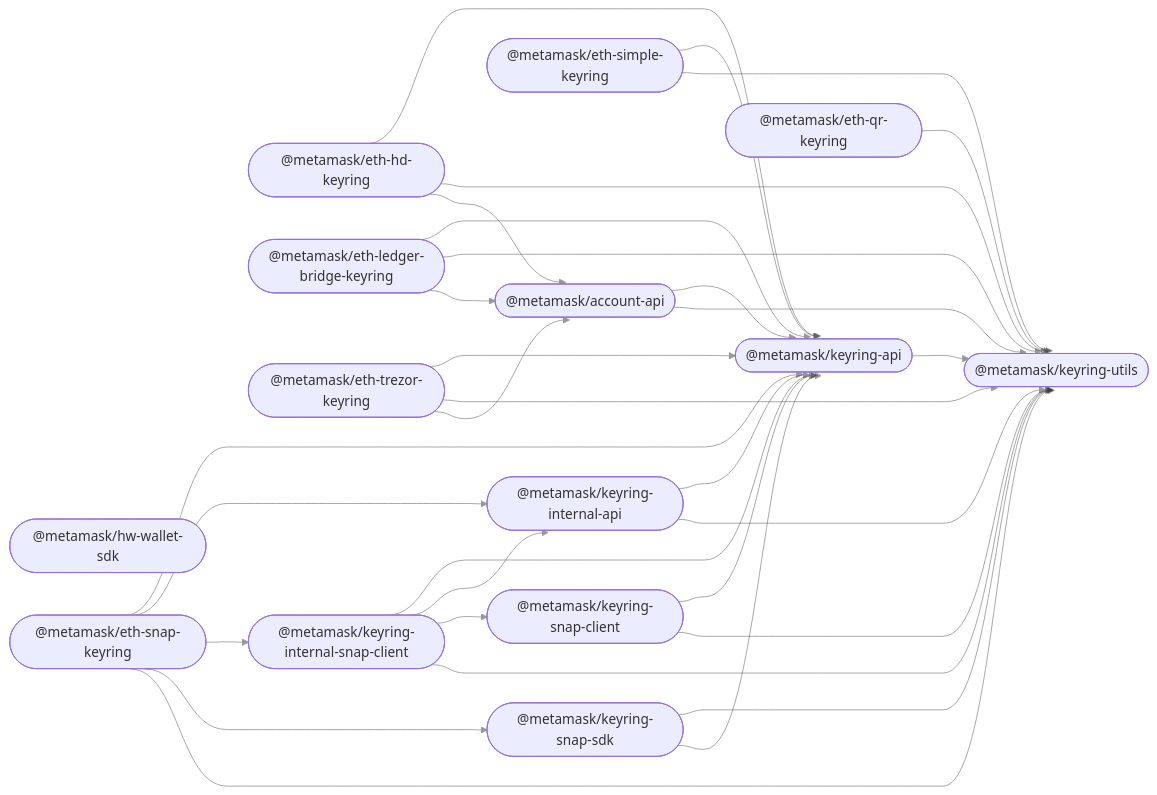
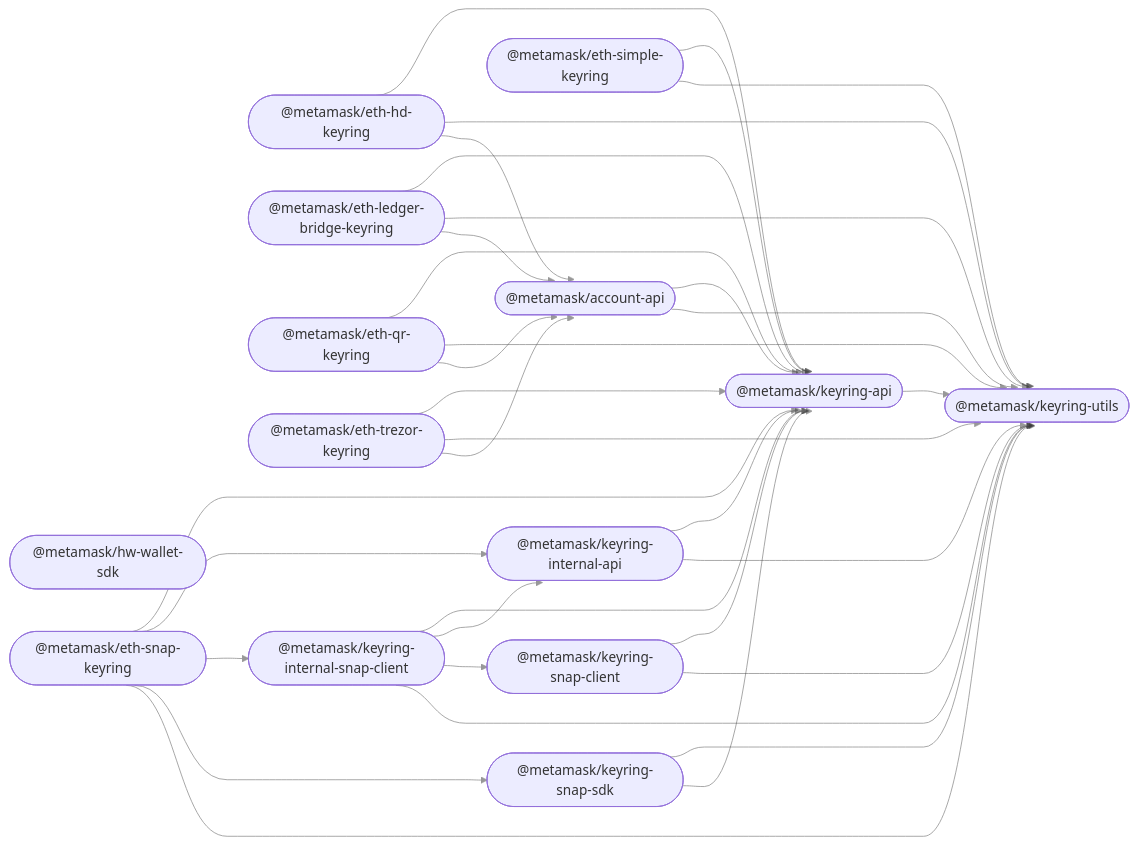
The diagram in README.md (MetaMask/accounts), drawn with Mermaid before and after one commit. The commit also changed 10 other files, not shown here.

````diff
--- a/README.md
+++ b/README.md
@@ -36,49 +36,51 @@
 ```mermaid
 %%{ init: { 'flowchart': { 'curve': 'bumpX' } } }%%
 graph LR;
 linkStyle default opacity:0.5
   account_api(["@metamask/account-api"]);
   hw_wallet_sdk(["@metamask/hw-wallet-sdk"]);
   keyring_api(["@metamask/keyring-api"]);
   eth_hd_keyring(["@metamask/eth-hd-keyring"]);
   eth_ledger_bridge_keyring(["@metamask/eth-ledger-bridge-keyring"]);
   eth_qr_keyring(["@metamask/eth-qr-keyring"]);
   eth_simple_keyring(["@metamask/eth-simple-keyring"]);
   eth_trezor_keyring(["@metamask/eth-trezor-keyring"]);
   keyring_internal_api(["@metamask/keyring-internal-api"]);
   keyring_internal_snap_client(["@metamask/keyring-internal-snap-client"]);
   eth_snap_keyring(["@metamask/eth-snap-keyring"]);
   keyring_snap_client(["@metamask/keyring-snap-client"]);
   keyring_snap_sdk(["@metamask/keyring-snap-sdk"]);
   keyring_utils(["@metamask/keyring-utils"]);
   account_api --> keyring_api;
   account_api --> keyring_utils;
   keyring_api --> keyring_utils;
   eth_hd_keyring --> keyring_api;
   eth_hd_keyring --> keyring_utils;
   eth_hd_keyring --> account_api;
   eth_ledger_bridge_keyring --> keyring_api;
   eth_ledger_bridge_keyring --> keyring_utils;
   eth_ledger_bridge_keyring --> account_api;
+  eth_qr_keyring --> keyring_api;
   eth_qr_keyring --> keyring_utils;
+  eth_qr_keyring --> account_api;
   eth_simple_keyring --> keyring_api;
   eth_simple_keyring --> keyring_utils;
   eth_trezor_keyring --> keyring_api;
   eth_trezor_keyring --> keyring_utils;
   eth_trezor_keyring --> account_api;
   keyring_internal_api --> keyring_api;
   keyring_internal_api --> keyring_utils;
   keyring_internal_snap_client --> keyring_api;
   keyring_internal_snap_client --> keyring_internal_api;
   keyring_internal_snap_client --> keyring_snap_client;
   keyring_internal_snap_client --> keyring_utils;
   eth_snap_keyring --> keyring_api;
   eth_snap_keyring --> keyring_internal_api;
   eth_snap_keyring --> keyring_internal_snap_client;
   eth_snap_keyring --> keyring_snap_sdk;
   eth_snap_keyring --> keyring_utils;
   keyring_snap_client --> keyring_api;
   keyring_snap_client --> keyring_utils;
   keyring_snap_sdk --> keyring_utils;
   keyring_snap_sdk --> keyring_api;
 ```
````
